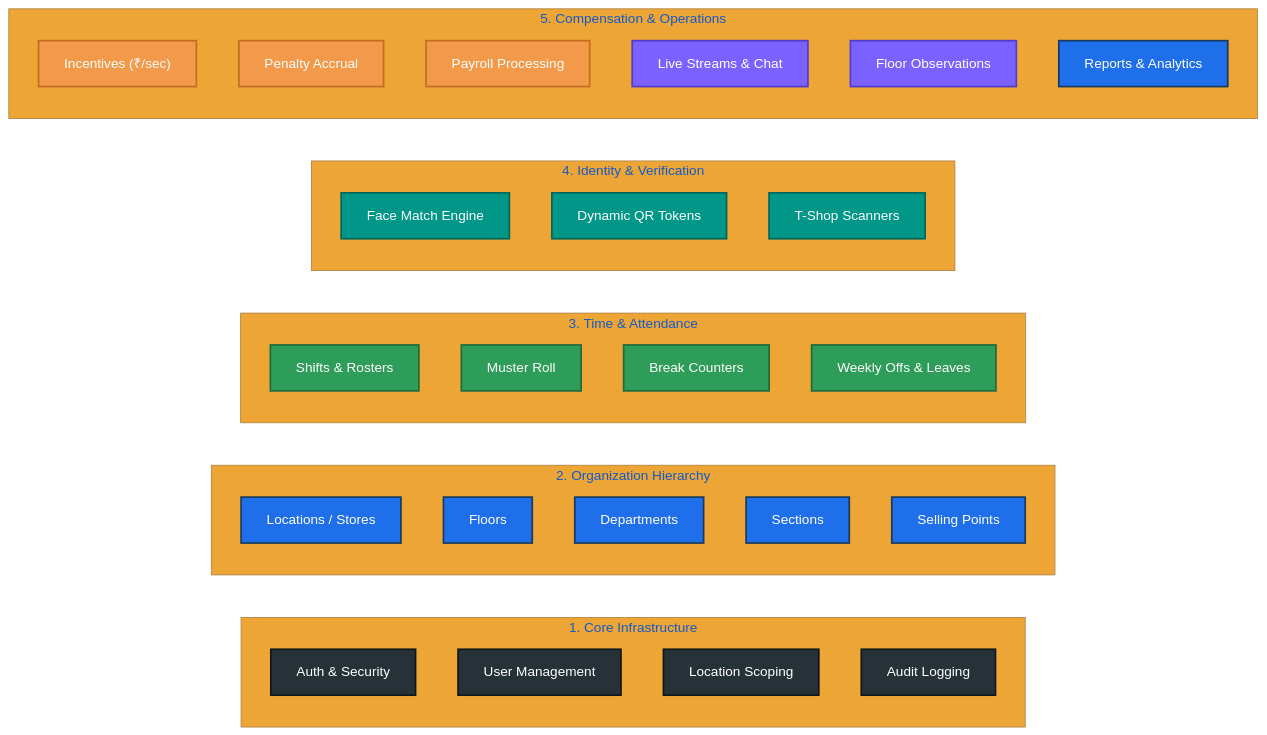
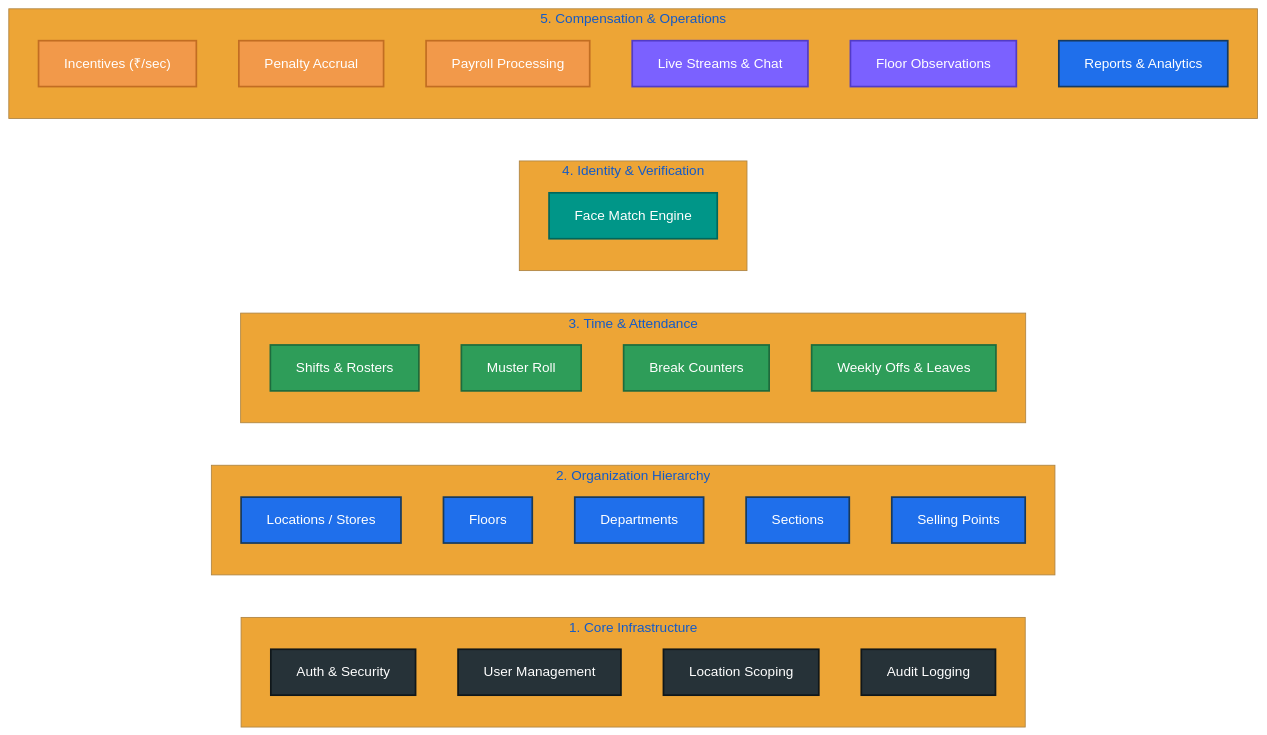
One commit to BSC-TEXTILES/BSC_Textiles_HRMS_Project changed the second of 21 diagrams in README.md. Above: the diagram before and after it, drawn with Mermaid. The commit also changed other lines of this file and 118 other files, not shown here.

````diff
--- a/README.md
+++ b/README.md
@@ -357,47 +351,45 @@
 ```mermaid
 %%{init: {'theme': 'base', 'themeVariables': { 'primaryColor': '#1F6FEB', 'primaryTextColor': '#FFFFFF', 'primaryBorderColor': '#173A5E', 'lineColor': '#6B7280' }}}%%
 graph LR
     subgraph CORE["1. Core Infrastructure"]
         M01["Auth & Security"]:::cDark
         M02["User Management"]:::cDark
         M03["Location Scoping"]:::cDark
         M04["Audit Logging"]:::cDark
     end
 
     subgraph ORG["2. Organization Hierarchy"]
         M05["Locations / Stores"]:::cBlue
         M06["Floors"]:::cBlue
         M07["Departments"]:::cBlue
         M08["Sections"]:::cBlue
         M09["Selling Points"]:::cBlue
     end
 
     subgraph TIME["3. Time & Attendance"]
         M10["Shifts & Rosters"]:::cGreen
         M11["Muster Roll"]:::cGreen
         M12["Break Counters"]:::cGreen
         M13["Weekly Offs & Leaves"]:::cGreen
     end
 
     subgraph VERIFY["4. Identity & Verification"]
         M14["Face Match Engine"]:::cTeal
-        M15["Dynamic QR Tokens"]:::cTeal
-        M16["T-Shop Scanners"]:::cTeal
     end
 
     subgraph COMP["5. Compensation & Operations"]
         M17["Incentives (₹/sec)"]:::cOrange
         M18["Penalty Accrual"]:::cOrange
         M19["Payroll Processing"]:::cOrange
         M20["Live Streams & Chat"]:::cPurple
         M21["Floor Observations"]:::cPurple
         M22["Reports & Analytics"]:::cBlue
     end
 
     classDef cBlue fill:#1F6FEB,stroke:#173A5E,stroke-width:2px,color:#FFFFFF;
     classDef cGreen fill:#2E9D59,stroke:#1E6B3D,stroke-width:2px,color:#FFFFFF;
     classDef cOrange fill:#F2994A,stroke:#C26D22,stroke-width:2px,color:#FFFFFF;
     classDef cPurple fill:#7B61FF,stroke:#523BC7,stroke-width:2px,color:#FFFFFF;
     classDef cTeal fill:#009688,stroke:#00675B,stroke-width:2px,color:#FFFFFF;
     classDef cDark fill:#263238,stroke:#10171A,stroke-width:2px,color:#FFFFFF;
 ```
````
